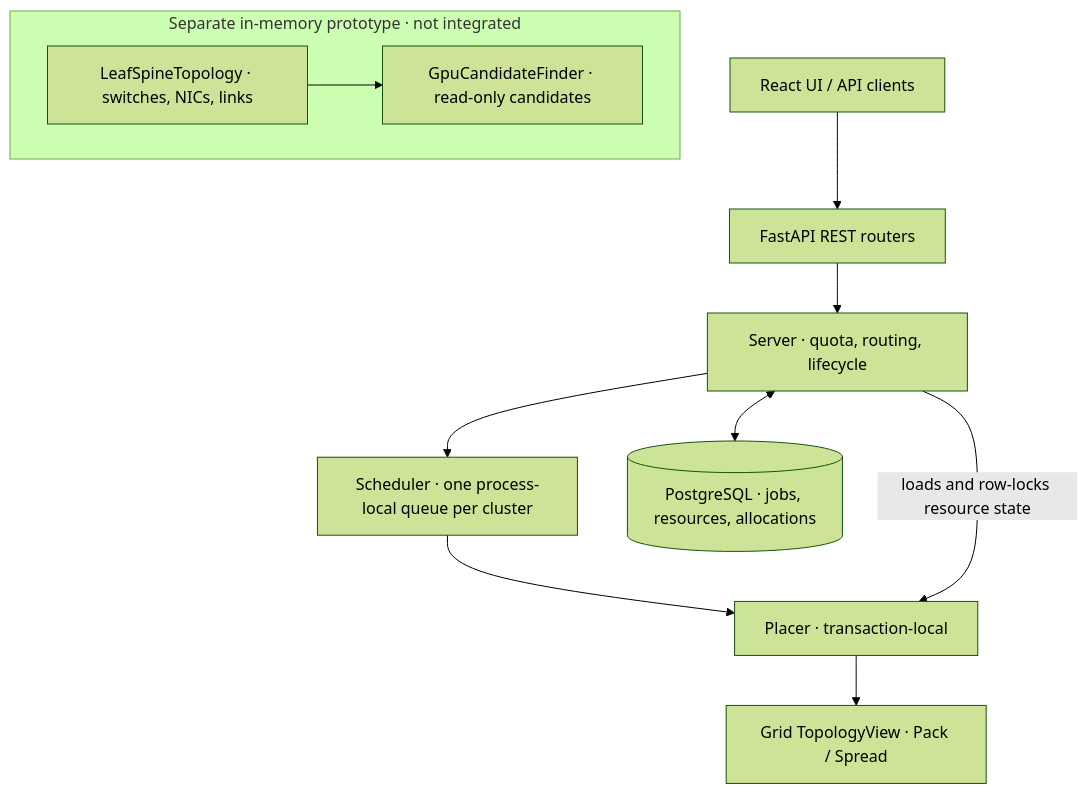
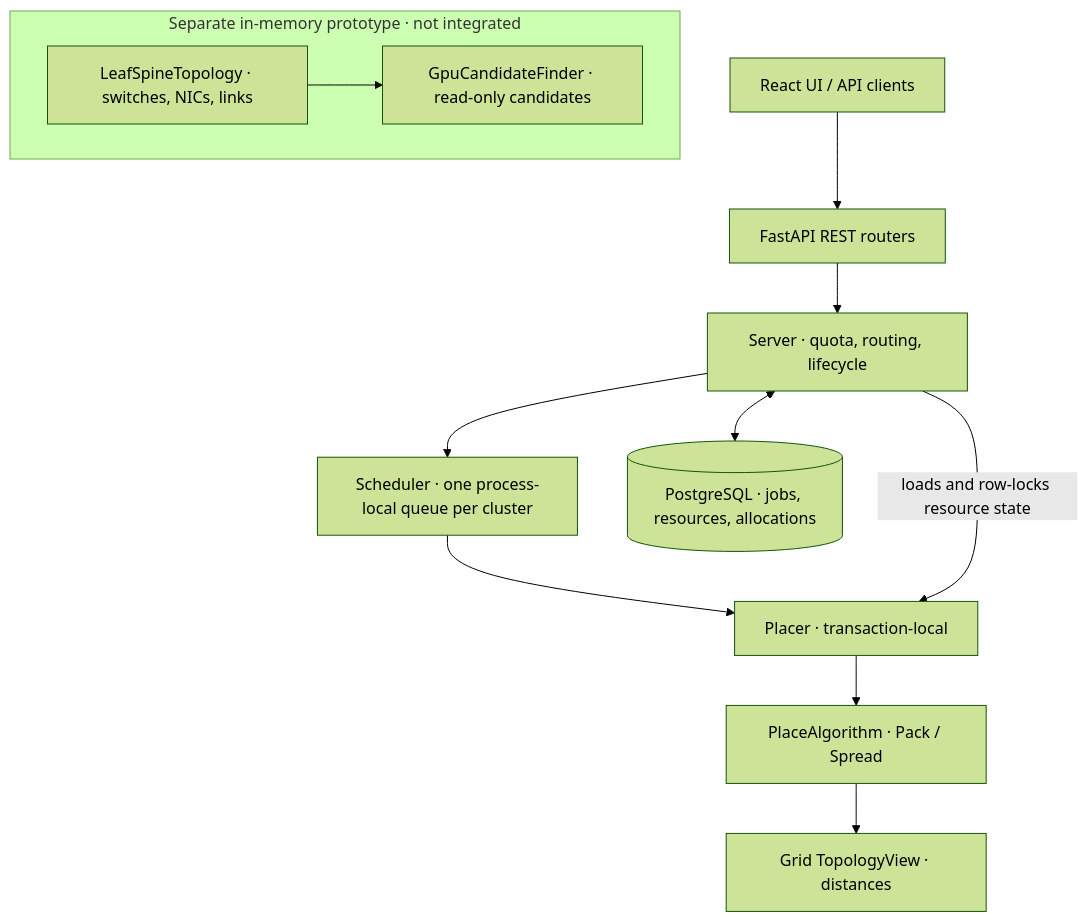
One commit to labo-man002/job-scheduler changed the first of 3 diagrams in docs/architecture.md. Above: the diagram before and after it, drawn with Mermaid (forest theme). The commit also changed other lines of this file, not shown here.

Commit message:
docs: clarify topology view, relationships and historical ERD

````diff
--- a/docs/architecture.md
+++ b/docs/architecture.md
@@ -11,14 +11,15 @@
 ```mermaid
 flowchart TD
     UI["React UI / API clients"] --> API["FastAPI REST routers"]
     API --> S["Server · quota, routing, lifecycle"]
     S --> Q["Scheduler · one process-local queue per cluster"]
     Q --> P["Placer · transaction-local"]
-    P --> G["Grid TopologyView · Pack / Spread"]
+    P --> POLICY["PlaceAlgorithm · Pack / Spread"]
+    POLICY --> G["Grid TopologyView · distances"]
     S <--> DB[("PostgreSQL · jobs, resources, allocations")]
     S -- "loads and row-locks resource state" --> P
 
     subgraph FABRIC["Separate in-memory prototype · not integrated"]
         L["LeafSpineTopology · switches, NICs, links"] --> F["GpuCandidateFinder · read-only candidates"]
     end
 ```
````
